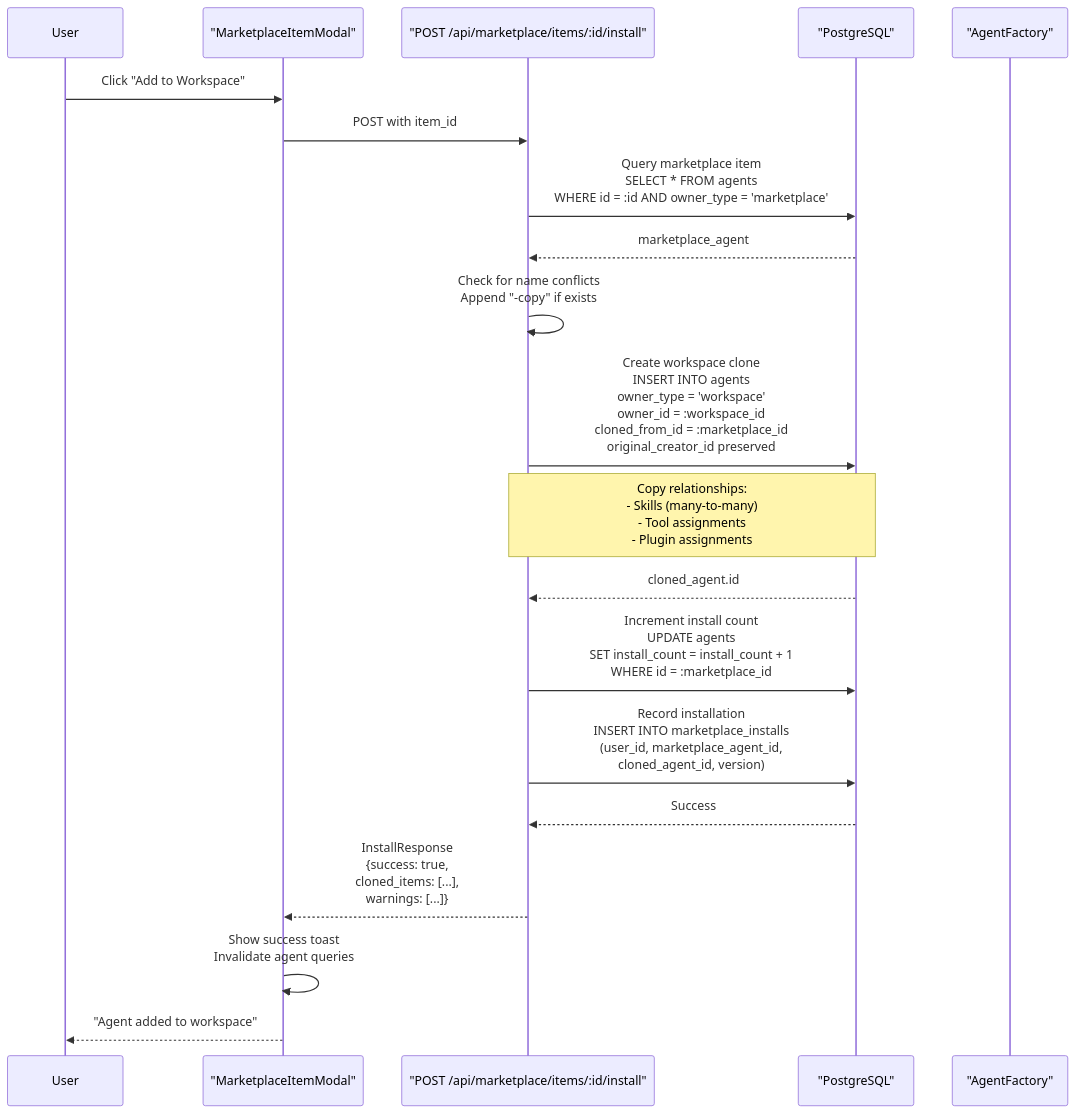
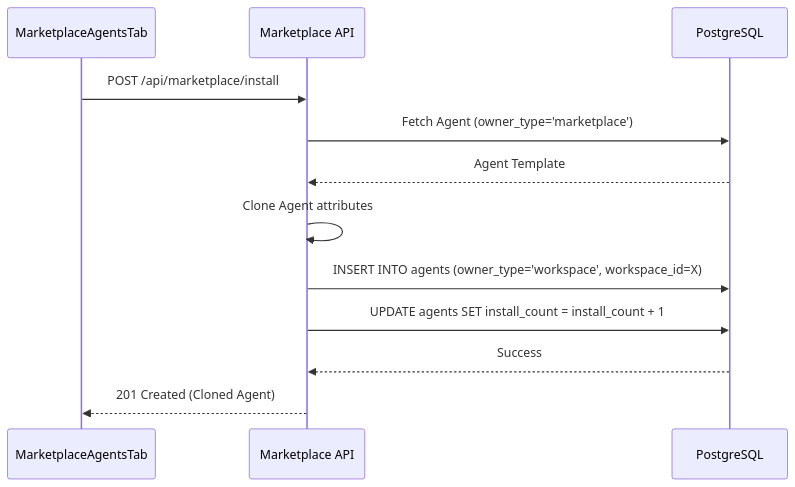
The second of 2 diagrams in docs/community-marketplace/marketplace-overview.md (AutomatosAI/automatos-ai), drawn with Mermaid before and after one commit. The commit also changed other lines of this file and 149 other files, not shown here.

Commit message:
docs: refresh documentation with graphify semantic scan

````diff
--- a/docs/community-marketplace/marketplace-overview.md
+++ b/docs/community-marketplace/marketplace-overview.md
@@ -311,32 +107,15 @@
 ```mermaid
 sequenceDiagram
-    participant User
-    participant Frontend as "MarketplaceItemModal"
-    participant API as "POST /api/marketplace/items/:id/install"
-    participant DB as "PostgreSQL"
-    participant Factory as "AgentFactory"
+    participant UI as MarketplaceAgentsTab
+    participant API as Marketplace API
+    participant DB as PostgreSQL
     
-    User->>Frontend: Click "Add to Workspace"
-    Frontend->>API: POST with item_id
-    
-    API->>DB: Query marketplace item<br/>SELECT * FROM agents<br/>WHERE id = :id AND owner_type = 'marketplace'
-    DB-->>API: marketplace_agent
-    
-    API->>API: Check for name conflicts<br/>Append "-copy" if exists
-    
-    API->>DB: Create workspace clone<br/>INSERT INTO agents<br/>owner_type = 'workspace'<br/>owner_id = :workspace_id<br/>cloned_from_id = :marketplace_id<br/>original_creator_id preserved
-    
-    Note over API,DB: Copy relationships:<br/>- Skills (many-to-many)<br/>- Tool assignments<br/>- Plugin assignments
-    
-    DB-->>API: cloned_agent.id
-    
-    API->>DB: Increment install count<br/>UPDATE agents<br/>SET install_count = install_count + 1<br/>WHERE id = :marketplace_id
-    
-    API->>DB: Record installation<br/>INSERT INTO marketplace_installs<br/>(user_id, marketplace_agent_id,<br/>cloned_agent_id, version)
-    
+    UI->>API: POST /api/marketplace/install
+    API->>DB: Fetch Agent (owner_type='marketplace')
+    DB-->>API: Agent Template
+    API->>API: Clone Agent attributes
+    API->>DB: INSERT INTO agents (owner_type='workspace', workspace_id=X)
+    API->>DB: UPDATE agents SET install_count = install_count + 1
     DB-->>API: Success
-    API-->>Frontend: InstallResponse<br/>{success: true,<br/>cloned_items: [...],<br/>warnings: [...]}
-    
-    Frontend->>Frontend: Show success toast<br/>Invalidate agent queries
-    Frontend-->>User: "Agent added to workspace"
+    API-->>UI: 201 Created (Cloned Agent)
 ```
````
